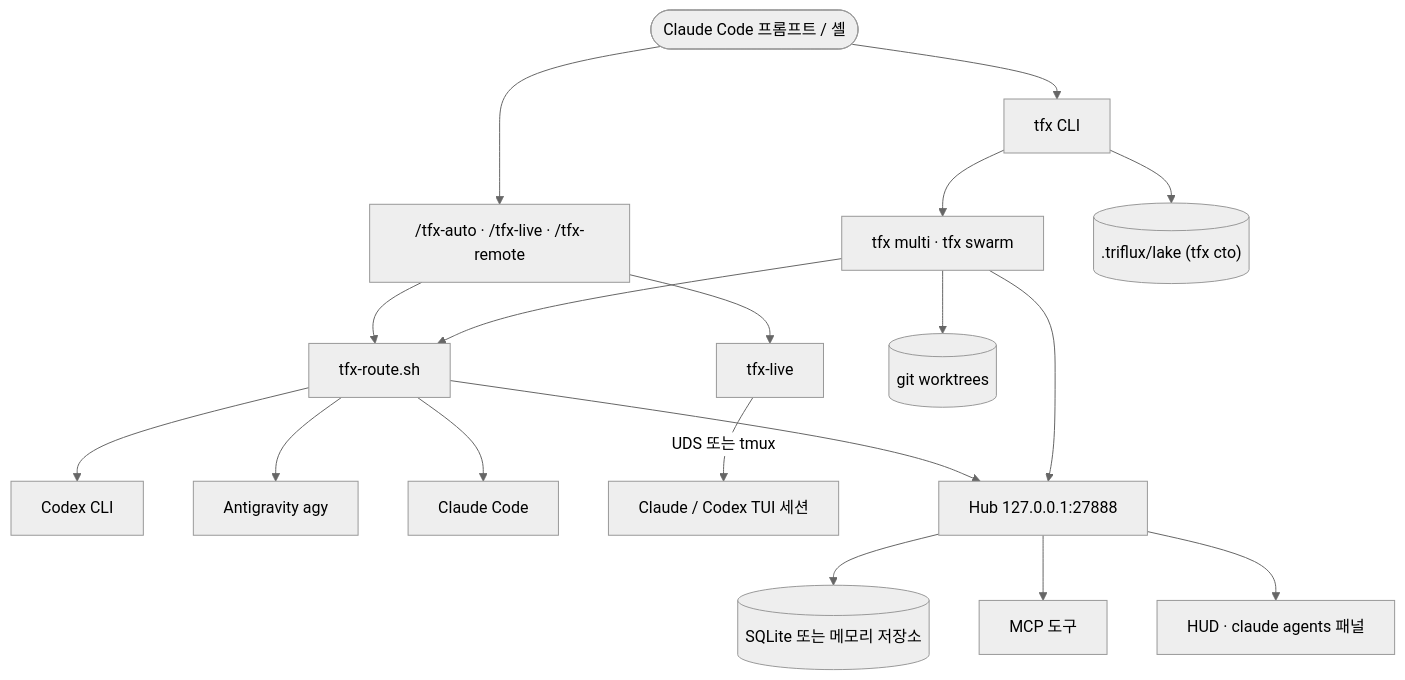
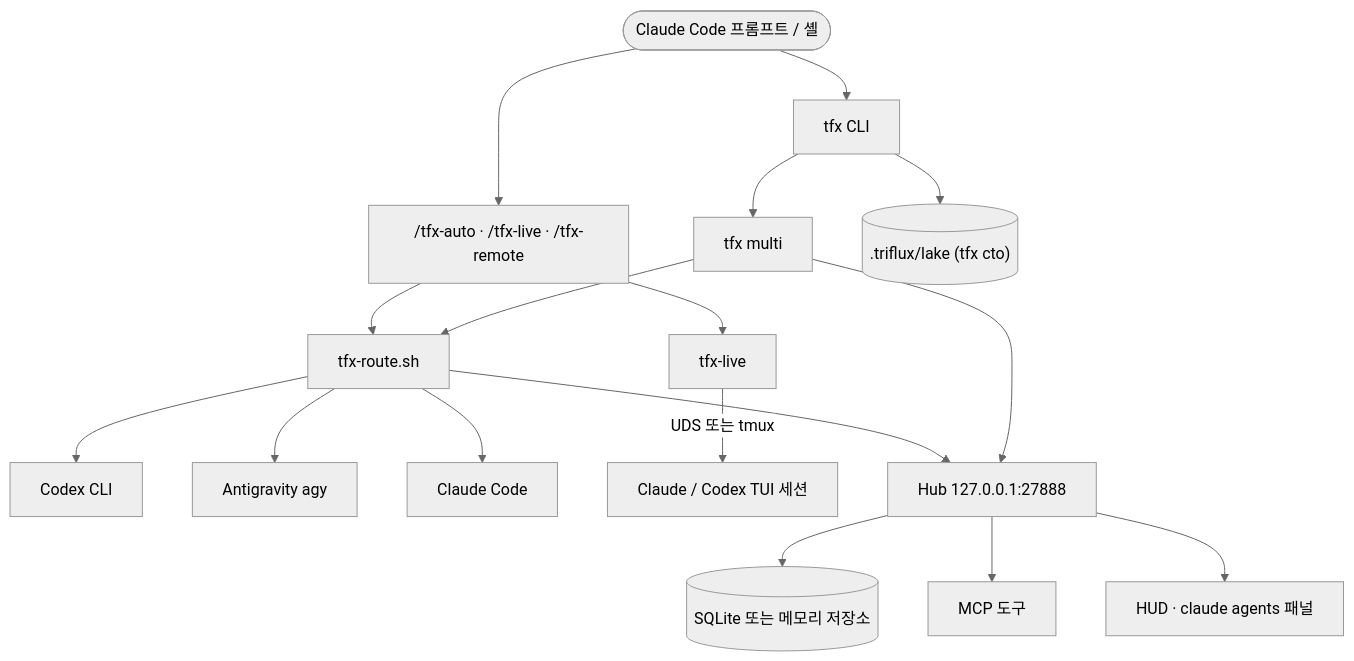
Before and after one commit to tellang/triflux: the diagram in README.ko.md, drawn with Mermaid (neutral theme). The commit also changed other lines of this file and 283 other files, not shown here.

First line of the commit message:
refactor(team): swarm 실행 엔진 퇴역 (ADR-0025)

````diff
--- a/README.ko.md
+++ b/README.ko.md
@@ -181,20 +178,19 @@
 ```mermaid
 graph TD
     User([Claude Code 프롬프트 / 셸]) --> Skills["/tfx-auto · /tfx-live · /tfx-remote"]
     User --> CLI[tfx CLI]
     Skills --> Route[tfx-route.sh]
     Skills --> Live[tfx-live]
-    CLI --> Team["tfx multi · tfx swarm"]
+    CLI --> Team["tfx multi"]
     Route --> Codex[Codex CLI]
     Route --> Agy[Antigravity agy]
     Route --> Claude[Claude Code]
     Team --> Route
-    Team --> WT[(git worktrees)]
     Live -->|UDS 또는 tmux| Sessions[Claude / Codex TUI 세션]
     Route --> Hub["Hub 127.0.0.1:27888"]
     Team --> Hub
     Hub --> Store[(SQLite 또는 메모리 저장소)]
     Hub --> MCP[MCP 도구]
     Hub --> UI["HUD · claude agents 패널"]
     CLI --> Lake[(".triflux/lake (tfx cto)")]
 ```
````
